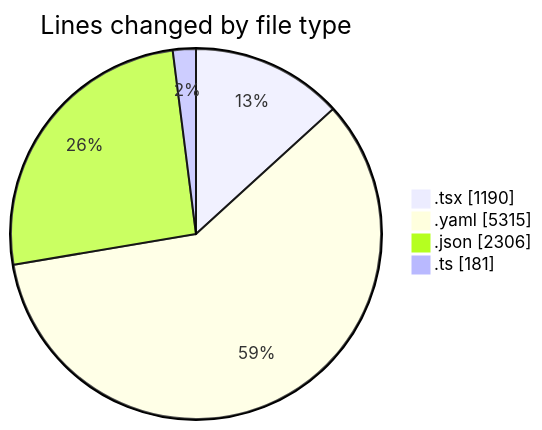
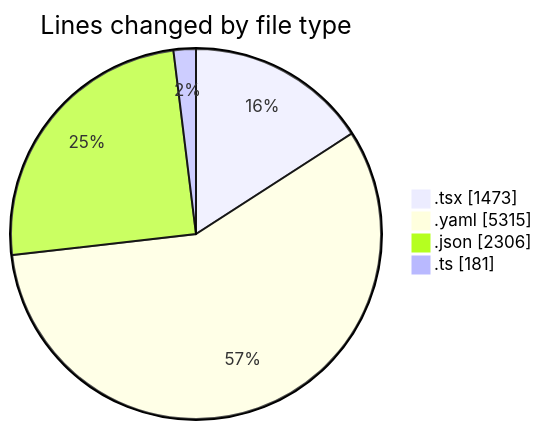
Before and after one commit to julien-gomy/code-tracking: the first of 2 diagrams in 2025-11-07/eventscop-frontend-guide__workspace_/README.md, drawn with Mermaid. The commit also changed other lines of this file and 1 other file, not shown here.

````diff
--- a/2025-11-07/eventscop-frontend-guide__workspace_/README.md
+++ b/2025-11-07/eventscop-frontend-guide__workspace_/README.md
@@ -39,8 +40,8 @@
 ```mermaid
 pie showData
 title Lines changed by file type
-".tsx" : 1190
+".tsx" : 1473
 ".yaml" : 5315
 ".json" : 2306
 ".ts" : 181
 ```
````
